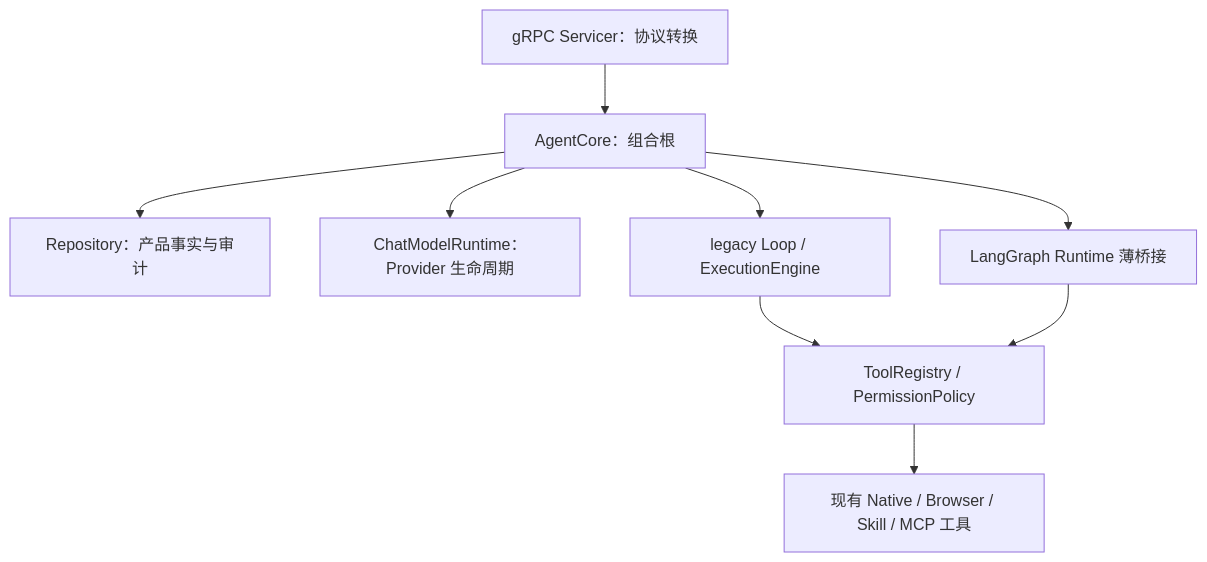
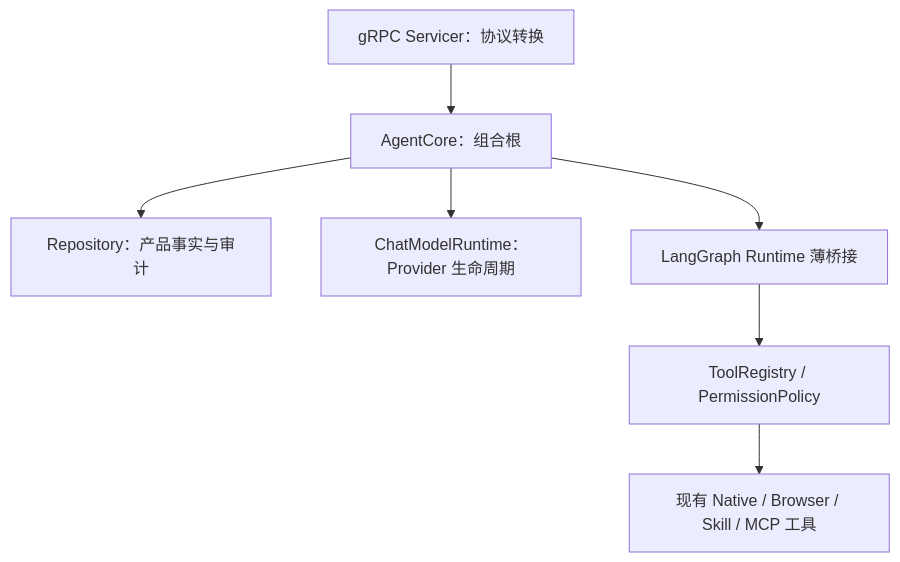
The diagram in docs/design/BackendDesign.md (Mime-AL/MaigoKite), drawn with Mermaid before and after one commit. The commit also changed other lines of this file and 194 other files, not shown here.

````diff
--- a/docs/design/BackendDesign.md
+++ b/docs/design/BackendDesign.md
@@ -29,11 +29,9 @@
 ```mermaid
 flowchart TD
     S[gRPC Servicer：协议转换] --> C[AgentCore：组合根]
     C --> R[Repository：产品事实与审计]
     C --> M[ChatModelRuntime：Provider 生命周期]
-    C --> L[legacy Loop / ExecutionEngine]
     C --> N[LangGraph Runtime 薄桥接]
-    L --> T[ToolRegistry / PermissionPolicy]
-    N --> T
+    N --> T[ToolRegistry / PermissionPolicy]
     T --> B[现有 Native / Browser / Skill / MCP 工具]
 ```
````
